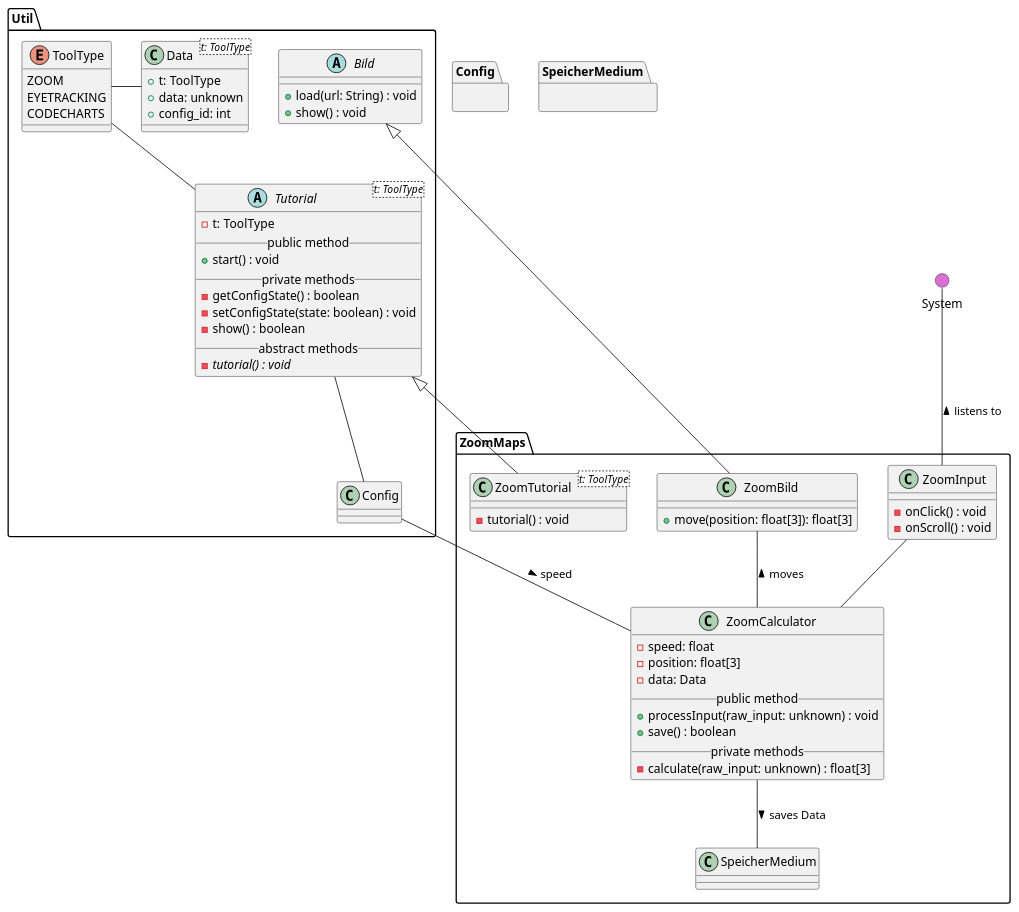
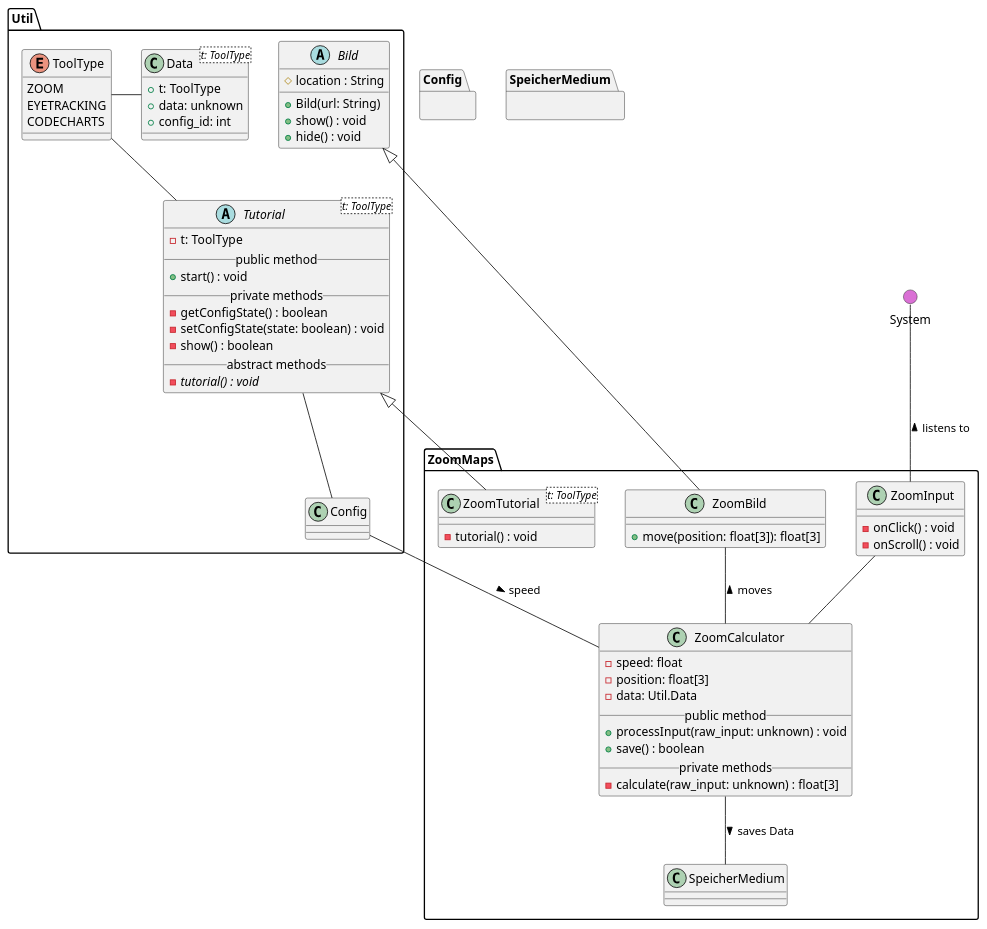
The diagram in meilenstein_03/uml-zoommaps/zoommaps.puml (weichware10/meilensteine), drawn with PlantUML before and after one commit. The commit also changed 1 other file, not shown here.

Commit message:
Bild abgeändert

```diff
--- a/meilenstein_03/uml-zoommaps/zoommaps.puml
+++ b/meilenstein_03/uml-zoommaps/zoommaps.puml
@@ -1,100 +1,102 @@
 @startuml zoommaps
 ' skinparam backgroundColor transparent
 () System #DA70D5
 top to bottom direction
 
 package Util {
     ' --- TUTORIAL ---
     abstract Tutorial<t: ToolType> {
       - t: ToolType
       __public method__
       + start() : void
       __private methods__
       - getConfigState() : boolean
       - setConfigState(state: boolean) : void
       - show() : boolean
       __abstract methods__
       - {abstract} tutorial() : void
     }
 
     enum ToolType {
-      ZOOM
-      EYETRACKING
-      CODECHARTS
+        ZOOM
+        EYETRACKING
+        CODECHARTS
     }
 
     ' Interaktionen
     Tutorial -u- ToolType
     Data -r- ToolType
     Tutorial -d- Config
 
 
     ' --- BILD ---
 
     abstract Bild {
-      + load(url: String) : void
-      + show() : void
+        # location : String
+        + Bild(url: String)
+        + show() : void
+        + hide() : void
     }
 
     class Data<t: ToolType> {
         + t: ToolType
         + data: unknown
         + config_id: int
     }
 }
 
 
 
 ' === ZOOM MAPS ===
 package ZoomMaps {
 
     ' Zoom Input
     class ZoomInput {
         - onClick() : void
         - onScroll() : void
     }
 
     ' Zoom Tutorial
     class ZoomTutorial<t: ToolType> {
         - tutorial() : void
     }
 
     ' Zoom Calculator
     class ZoomCalculator {
         - speed: float
         - position: float[3]
-        - data: Data
+        - data: Util.Data
         __public method__
         + processInput(raw_input: unknown) : void
         + save() : boolean
         __private methods__
         - calculate(raw_input: unknown) : float[3]
     }
 
     ' Zoom Bild
     class ZoomBild {
         + move(position: float[3]): float[3]
     }
 
 
     ' Vererbungen
     Bild <|-- ZoomBild
     Tutorial <|-- ZoomTutorial
 
     ' Interaktionen
     ZoomInput -d- ZoomCalculator
     ZoomCalculator  -u- ZoomBild : > moves
 
     ' Andere Module
     ZoomCalculator -- SpeicherMedium : > saves Data
     ZoomCalculator -l- Config : < speed
     ZoomInput -u- System : > listens to
 
 }
 
 ' Blackboxen / Andere Module
 package Config {}
 
 package SpeicherMedium {}
 
 @enduml
```
